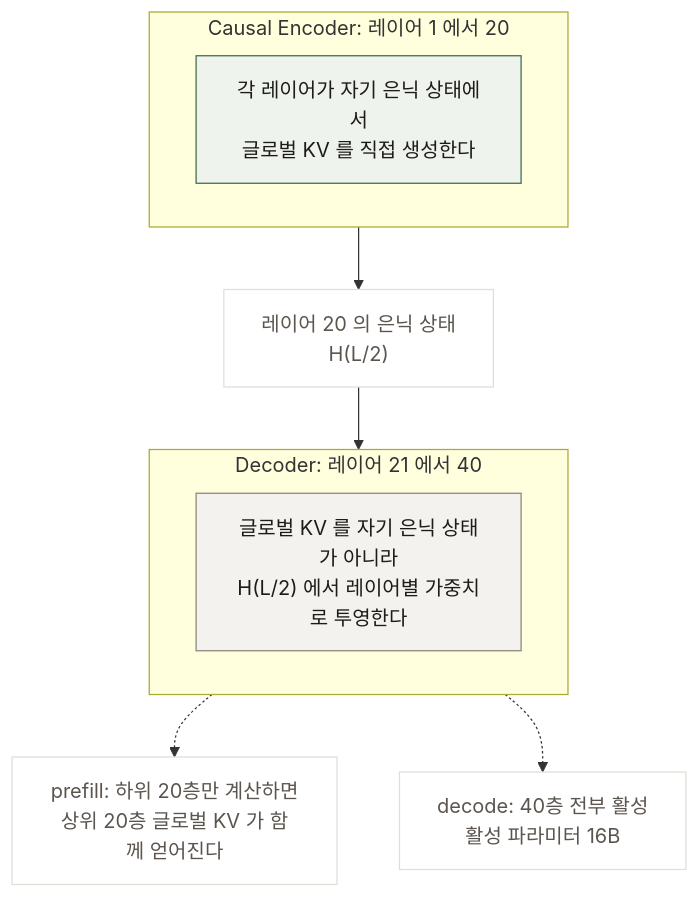
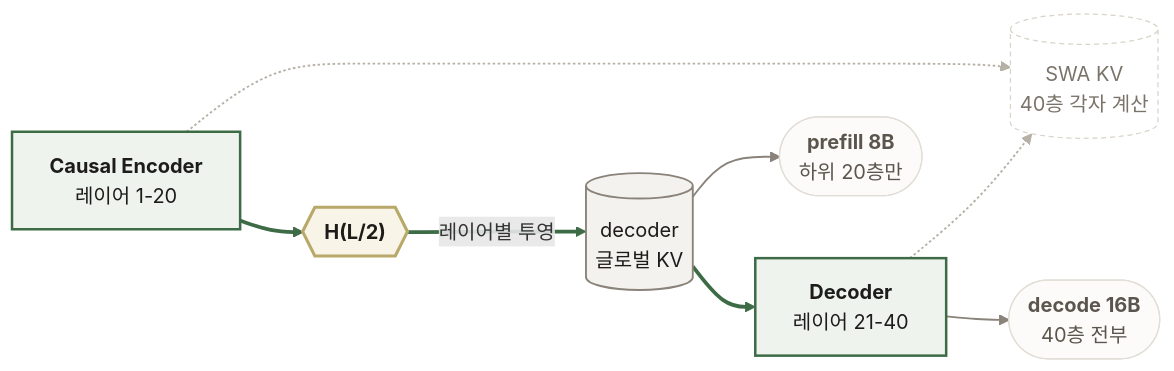
Before and after one commit to workdd/I_AM_ML_Engineer: the first of 3 diagrams in readings/papers/[20260911] DeepSeek-V4.1-Flash_KV_Cache_Compression.md, drawn with Mermaid. The commit also changed other lines of this file and 1 other file, not shown here.

First line of the commit message:
docs: 다이어그램을 Mermaid 고급 문법으로 다시 그림

````diff
--- a/readings/papers/[20260911] DeepSeek-V4.1-Flash_KV_Cache_Compression.md
+++ b/readings/papers/[20260911] DeepSeek-V4.1-Flash_KV_Cache_Compression.md
@@ -23,23 +23,31 @@
 ```mermaid
-flowchart TB
-    subgraph ENC["Causal Encoder: 레이어 1 에서 20"]
-        E["각 레이어가 자기 은닉 상태에서<br/>글로벌 KV 를 직접 생성한다"]
-    end
-    H["레이어 20 의 은닉 상태<br/>H(L/2)"]
-    subgraph DEC["Decoder: 레이어 21 에서 40"]
-        D["글로벌 KV 를 자기 은닉 상태가 아니라<br/>H(L/2) 에서 레이어별 가중치로 투영한다"]
-    end
-    ENC --> H --> DEC
+flowchart LR
+  ENC@{ shape: rect, label: "**Causal Encoder**<br/>레이어 1-20" }
+  HH@{ shape: hex, label: "**H(L/2)**" }
+  GKV@{ shape: cyl, label: "decoder<br/>글로벌 KV" }
+  DEC@{ shape: rect, label: "**Decoder**<br/>레이어 21-40" }
+  SWA@{ shape: cyl, label: "SWA KV<br/>40층 각자 계산" }
+  PRE@{ shape: stadium, label: "**prefill 8B**<br/>하위 20층만" }
+  DCD@{ shape: stadium, label: "**decode 16B**<br/>40층 전부" }
 
-    P1["prefill: 하위 20층만 계산하면<br/>상위 20층 글로벌 KV 가 함께 얻어진다"]
-    P2["decode: 40층 전부 활성<br/>활성 파라미터 16B"]
-    DEC -.-> P1
-    DEC -.-> P2
+  ENC ==> HH ==>|"레이어별 투영"| GKV ==> DEC
+  ENC -.-> SWA
+  DEC -.-> SWA
+  GKV --> PRE
+  DEC --> DCD
 
-    classDef enc fill:#eef3ee,stroke:#3d6b45,color:#1e1c1a
-    classDef dec fill:#f4f2ee,stroke:#8a837a,color:#1e1c1a
-    classDef note fill:#fff,stroke:#e2ded7,color:#5b554e
-    class E enc
-    class D dec
-    class P1,P2,H note
+  linkStyle 0,1,2 stroke:#3d6b45,stroke-width:3px
+  linkStyle 3,4 stroke:#b6b0a6,stroke-width:1.5px
+  linkStyle 5,6 stroke:#8a837a,stroke-width:1.5px
+
+  classDef layer fill:#eef3ee,stroke:#3d6b45,stroke-width:2px,color:#1e1c1a
+  classDef pivot fill:#f9f4e8,stroke:#b8a86a,stroke-width:2.5px,color:#1e1c1a
+  classDef cache fill:#f4f2ee,stroke:#8a837a,stroke-width:1.5px,color:#1e1c1a
+  classDef swa   fill:#ffffff,stroke:#d9d4ca,stroke-dasharray:4 3,color:#7a736a
+  classDef cost  fill:#fcfbf9,stroke:#e2ded7,color:#5b554e
+  class ENC,DEC layer
+  class HH pivot
+  class GKV cache
+  class SWA swa
+  class PRE,DCD cost
 ```
````
